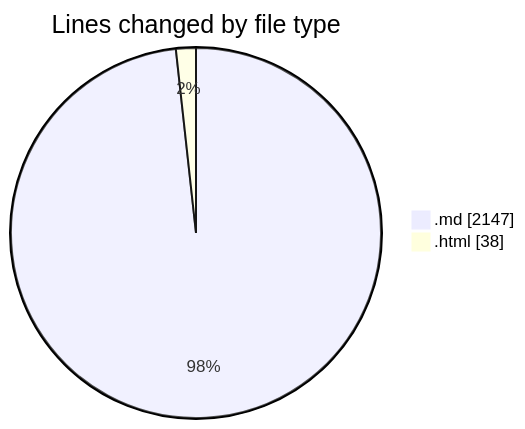
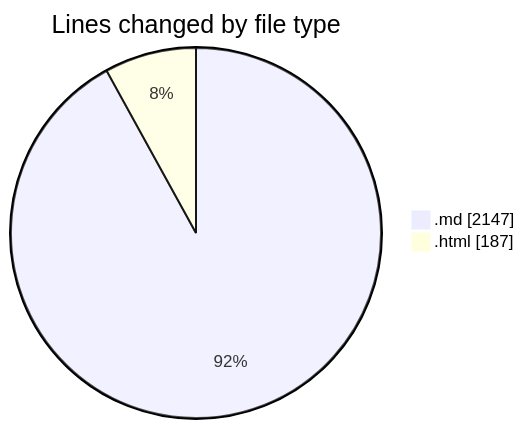
One commit to Ritupan-Deka/code-tracking changed the first of 2 diagrams in 2025-07-07/urlwebwala_intership_work/README.md. Above: the diagram before and after it, drawn with Mermaid. The commit also changed other lines of this file and 1 other file, not shown here.

````diff
--- a/2025-07-07/urlwebwala_intership_work/README.md
+++ b/2025-07-07/urlwebwala_intership_work/README.md
@@ -24,6 +25,6 @@
 ```mermaid
 pie showData
 title Lines changed by file type
 ".md" : 2147
-".html" : 38
+".html" : 187
 ```
````
